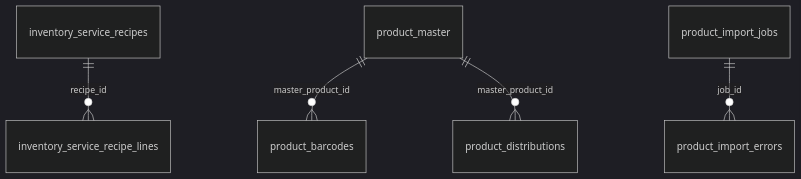
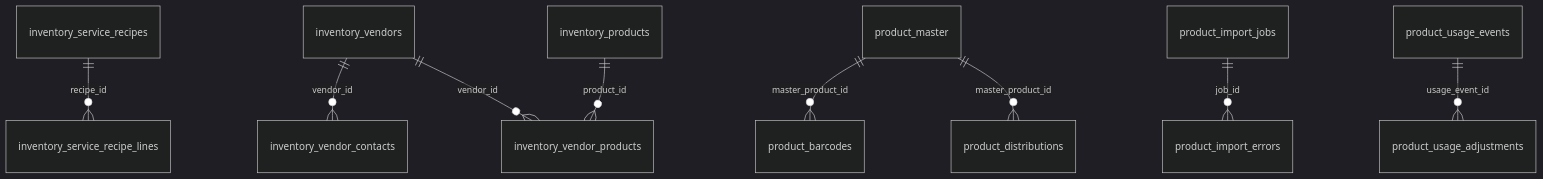
The seventh of 8 diagrams in DB_ERD_AND_DOMAINS.md (kevindang2020-lgtm/Nail-POS), drawn with Mermaid (dark theme) before and after one commit. The commit also changed other lines of this file and 49 other files, not shown here.

````diff
--- a/DB_ERD_AND_DOMAINS.md
+++ b/DB_ERD_AND_DOMAINS.md
@@ -168,7 +194,11 @@
 ```mermaid
 erDiagram
   inventory_service_recipes ||--o{ inventory_service_recipe_lines : "recipe_id"
+  inventory_vendors ||--o{ inventory_vendor_contacts : "vendor_id"
+  inventory_products ||--o{ inventory_vendor_products : "product_id"
+  inventory_vendors ||--o{ inventory_vendor_products : "vendor_id"
   product_master ||--o{ product_barcodes : "master_product_id"
   product_master ||--o{ product_distributions : "master_product_id"
   product_import_jobs ||--o{ product_import_errors : "job_id"
+  product_usage_events ||--o{ product_usage_adjustments : "usage_event_id"
 ```
````
